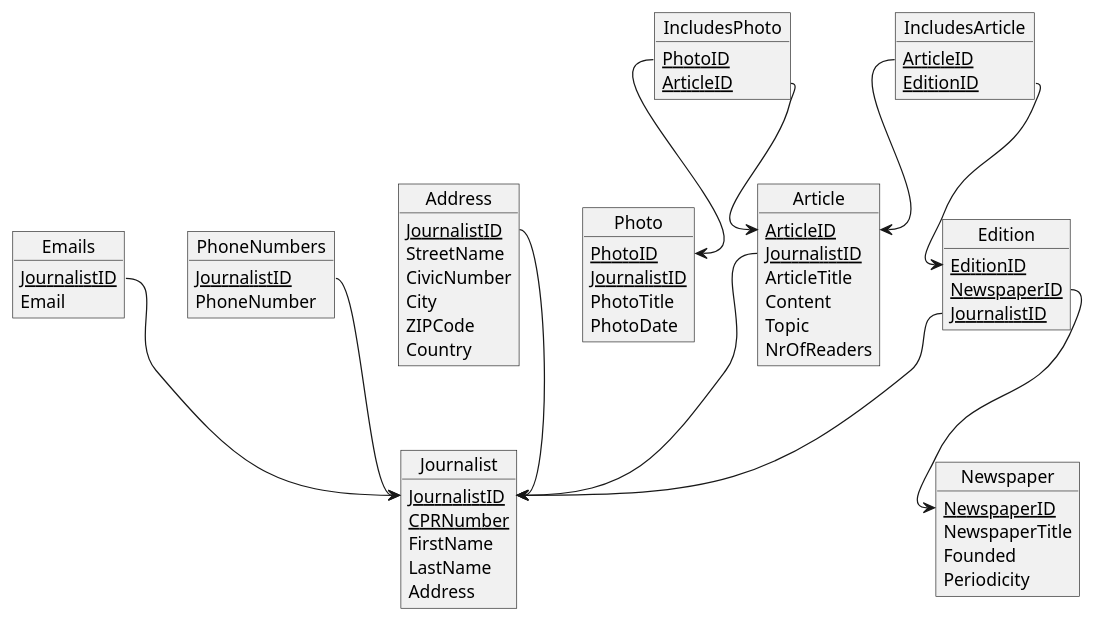
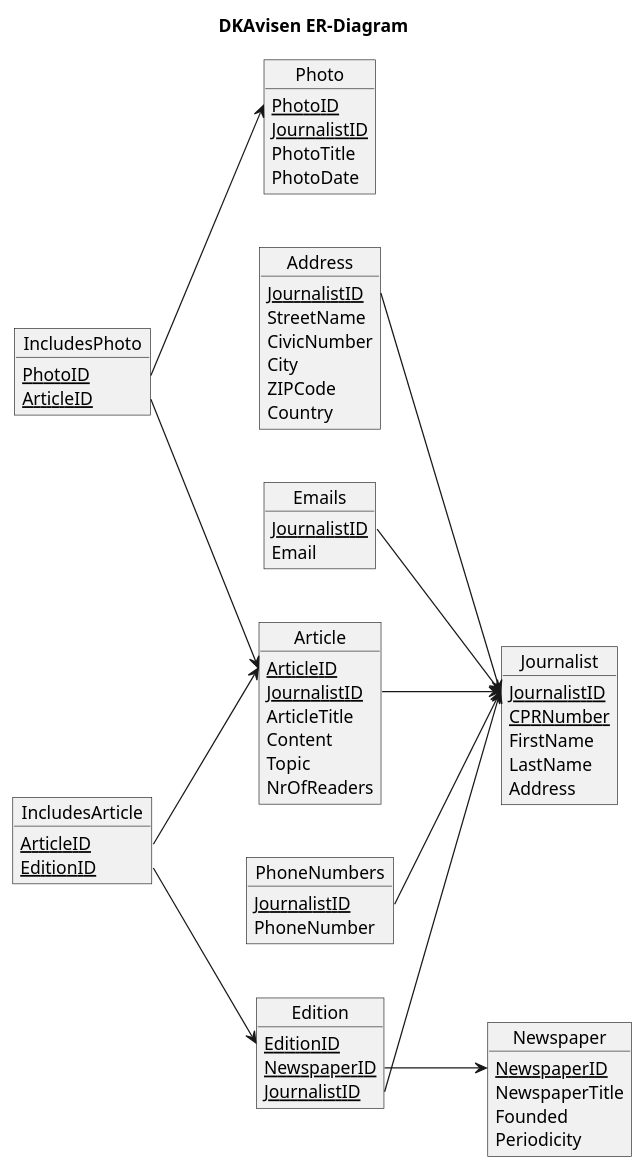
The diagram in Diagrams/ER-Diagram.pu (TobyNatooor/database_proj_group_1), drawn with PlantUML before and after one commit.

Commit message:
improved er diagram layout

```diff
--- a/Diagrams/ER-Diagram.pu
+++ b/Diagrams/ER-Diagram.pu
@@ -1,82 +1,84 @@
 @startuml logical_design_diagram
-'skinparam linetype polyline
-'skinparam linetype ortho
+title DKAvisen ER-Diagram
+left to right direction
+skinparam linetype polyline
+' skinparam linetype ortho
 
 Object Journalist {
     <u>JournalistID
     <u>CPRNumber
     FirstName
     LastName
     Address
 }
 
 Object Emails {
     <u>JournalistID
     Email
 }
 Emails::JournalistID --> Journalist::JournalistID
 
 Object PhoneNumbers {
     <u>JournalistID
     PhoneNumber
 }
 PhoneNumbers::JournalistID --> Journalist::JournalistID
 
 Object Address {
     <u>JournalistID
     StreetName
     CivicNumber
     City
     ZIPCode
     Country
 }
 Address::JournalistID --> Journalist::JournalistID
 
-Object Photo {
-    <u>PhotoID
-    <u>JournalistID
-    PhotoTitle
-    PhotoDate
-}
-
 Object Article {
     <u>ArticleID
     <u>JournalistID
     ArticleTitle
     Content
     Topic
     NrOfReaders
 }
 Article::JournalistID --> Journalist::JournalistID
+
+Object Photo {
+    <u>PhotoID
+    <u>JournalistID
+    PhotoTitle
+    PhotoDate
+}
 
 Object IncludesPhoto {
     <u>PhotoID
     <u>ArticleID
 }
 IncludesPhoto::PhotoID --> Photo::PhotoID
 IncludesPhoto::ArticleID --> Article::ArticleID
 
 Object Newspaper {
     <u>NewspaperID
     NewspaperTitle
     Founded
     Periodicity
 }
 
 Object Edition {
     <u>EditionID
     <u>NewspaperID
     <u>JournalistID
 }
 Edition::NewspaperID --> Newspaper::NewspaperID
 Edition::JournalistID --> Journalist::JournalistID
 
 Object IncludesArticle {
     <u>ArticleID
     <u>EditionID
 }
 IncludesArticle::ArticleID --> Article::ArticleID
 IncludesArticle::EditionID --> Edition::EditionID
 
 
 @enduml
```
